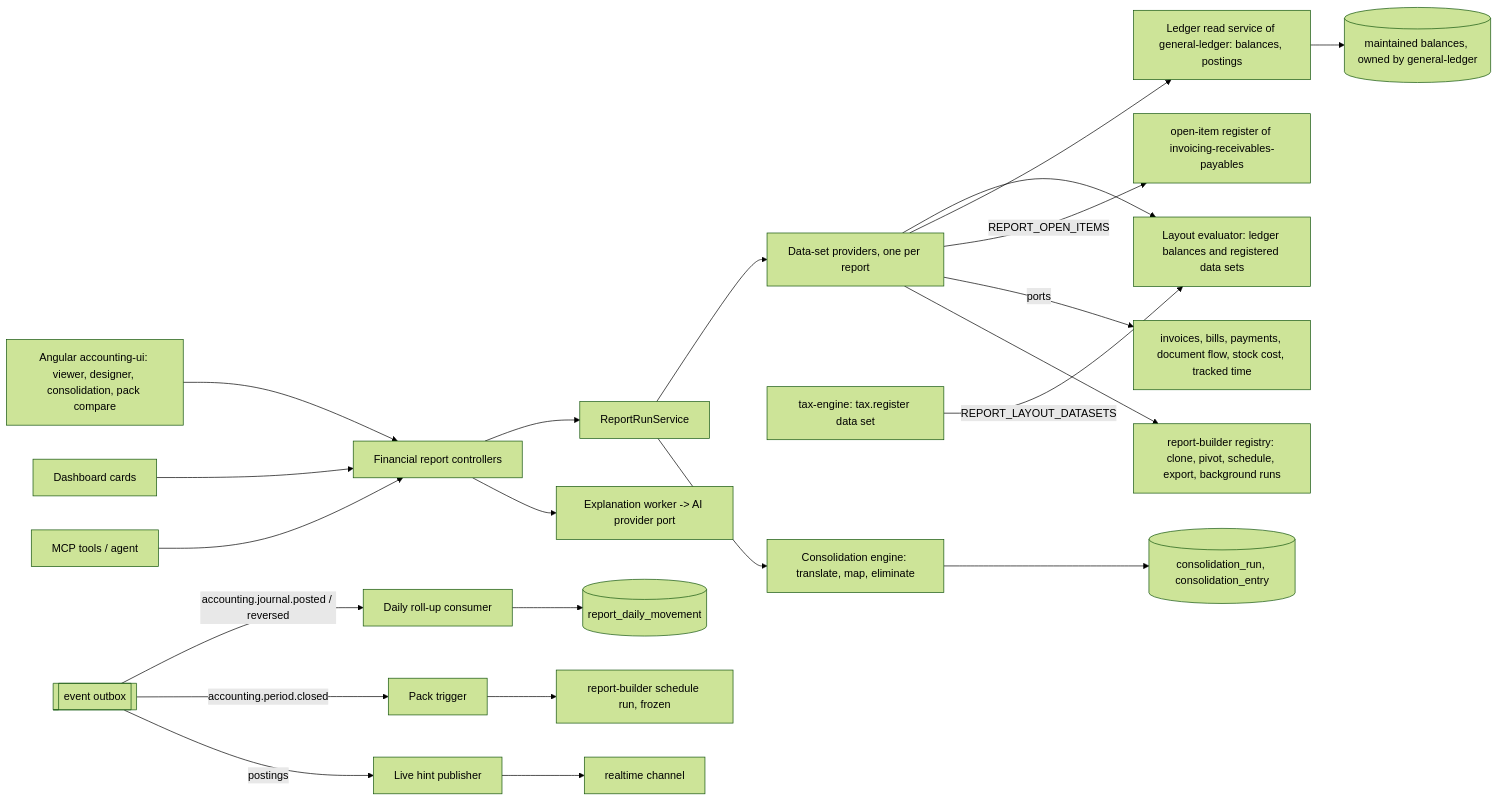
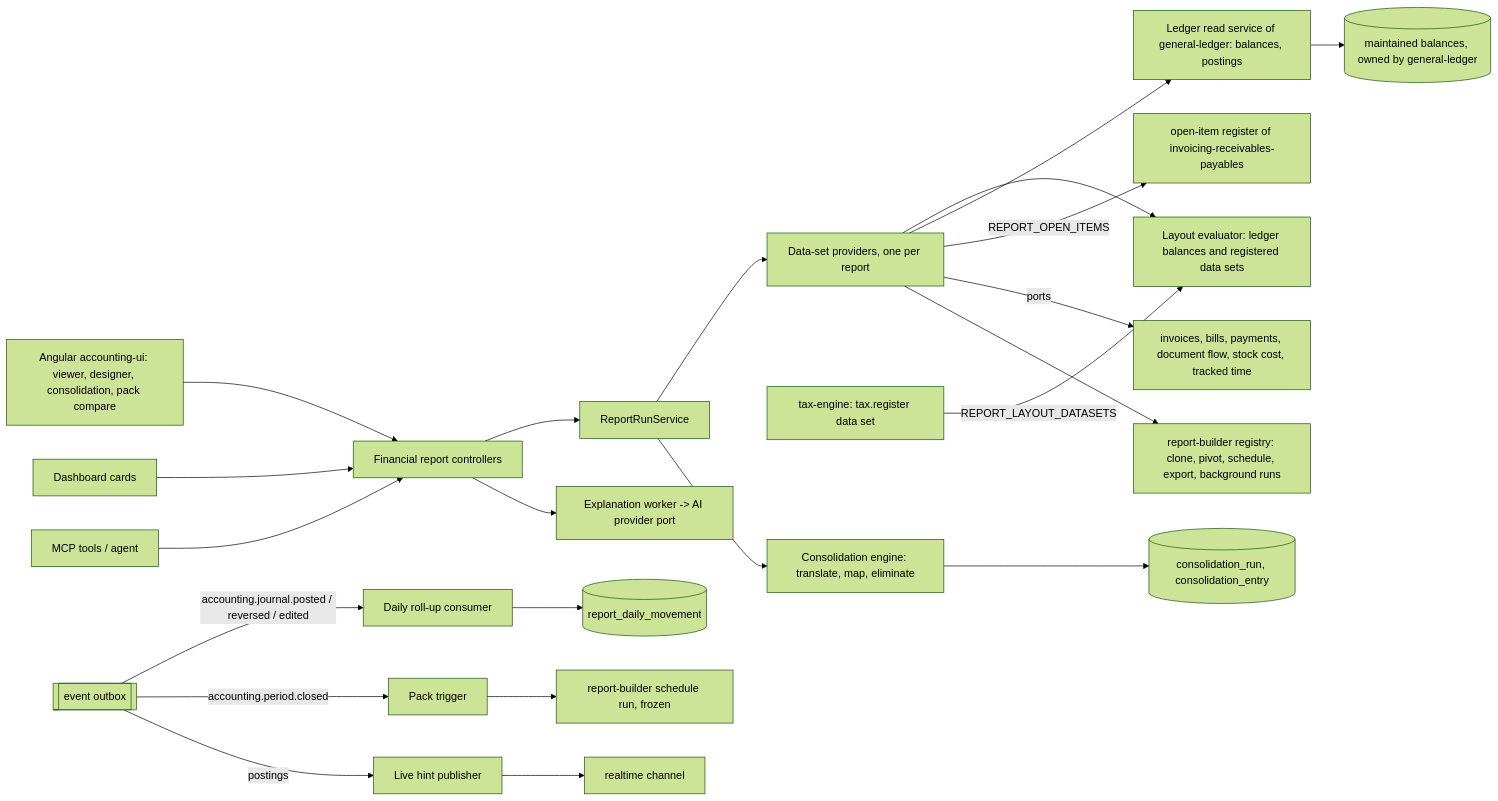
Before and after one commit to ever-co/ever-gauzy: the diagram in docs/specs/features/financial-reports/plan.md, drawn with Mermaid (forest theme). The commit also changed other lines of this file and 92 other files, not shown here.

````diff
--- a/docs/specs/features/financial-reports/plan.md
+++ b/docs/specs/features/financial-reports/plan.md
@@ -31,23 +31,23 @@
 ```mermaid
 flowchart LR
     UI[Angular accounting-ui: viewer, designer, consolidation, pack compare] --> API[Financial report controllers]
     CARDS[Dashboard cards] --> API
     MCP[MCP tools / agent] --> API
     API --> RUN[ReportRunService]
     RUN --> DS[Data-set providers, one per report]
     DS --> LAY[Layout evaluator: ledger balances and registered data sets]
     TAXDS[tax-engine: tax.register data set] -- REPORT_LAYOUT_DATASETS --> LAY
     DS --> LR[Ledger read service of general-ledger: balances, postings]
     DS -- REPORT_OPEN_ITEMS --> OIR[open-item register of invoicing-receivables-payables]
     DS -- ports --> DOCS[invoices, bills, payments, document flow, stock cost, tracked time]
     LR --> BAL[(maintained balances, owned by general-ledger)]
-    OUTBOX[[event outbox]] -- accounting.journal.posted / reversed --> ROLL[Daily roll-up consumer]
+    OUTBOX[[event outbox]] -- accounting.journal.posted / reversed / edited --> ROLL[Daily roll-up consumer]
     ROLL --> RDM[(report_daily_movement)]
     OUTBOX -- accounting.period.closed --> PACK[Pack trigger]
     PACK --> RBS[report-builder schedule run, frozen]
     OUTBOX -- postings --> LIVE[Live hint publisher] --> PUSH[realtime channel]
     RUN --> CONS[Consolidation engine: translate, map, eliminate]
     CONS --> CR[(consolidation_run, consolidation_entry)]
     DS --> RB[report-builder registry: clone, pivot, schedule, export, background runs]
     API --> EXPL[Explanation worker -> AI provider port]
 ```
````
